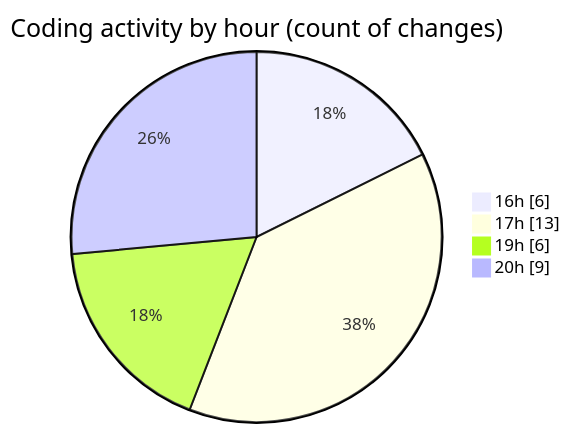
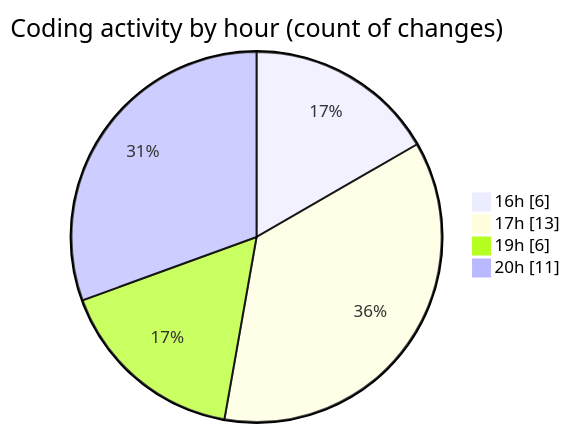
Before and after one commit to idhammustaqopulfikri/code-tracking: the second of 2 diagrams in 2025-06-22/studio-backend/README.md, drawn with Mermaid. The commit also changed other lines of this file and 1 other file, not shown here.

````diff
--- a/2025-06-22/studio-backend/README.md
+++ b/2025-06-22/studio-backend/README.md
@@ -36,8 +36,8 @@
 ```mermaid
 pie showData
 title Coding activity by hour (count of changes)
 "16h" : 6
 "17h" : 13
 "19h" : 6
-"20h" : 9
+"20h" : 11
 ```
````
